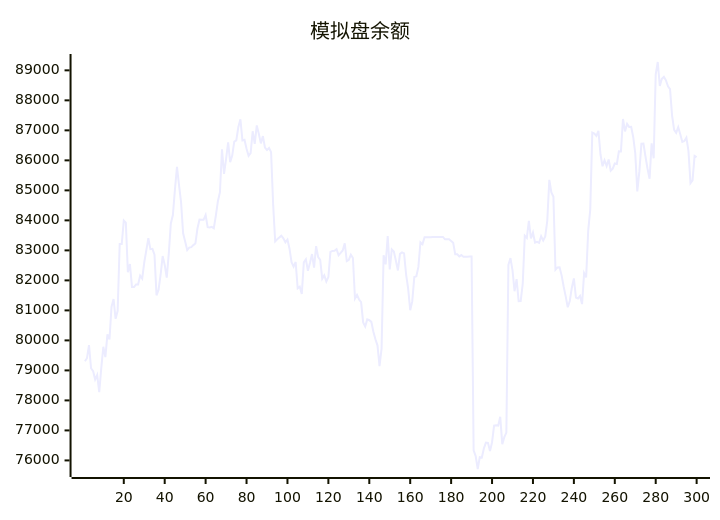
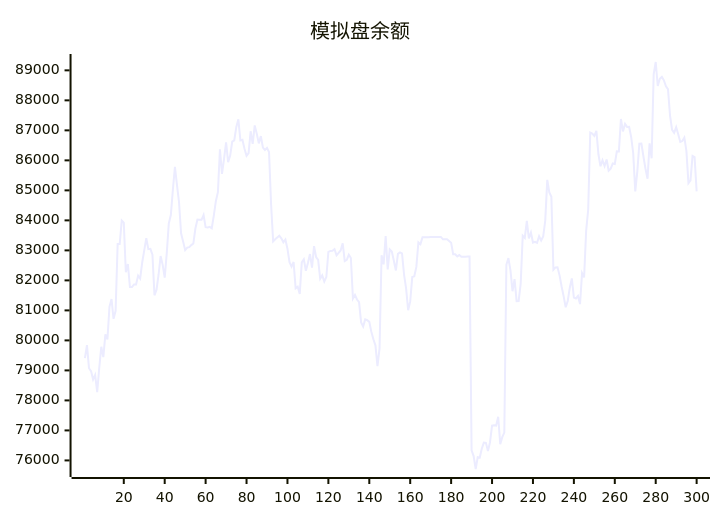
One commit to aahl/ai-trading changed the diagram in README.md. Above: the diagram before and after it, drawn with Mermaid. The commit also changed other lines of this file and 1 other file, not shown here.

````diff
--- a/README.md
+++ b/README.md
@@ -5,5 +5,5 @@
 ```mermaid
 xychart
     title "模拟盘余额"
-    line [79304,79406,79841,79072,78978,78696,78846,78272,79085,79787,79442,80198,80031,81120,81379,80718,80985,83214,83212,83993,83921,82270,82547,81776,81776,81866,81866,82158,82061,82596,83000,83408,83041,83050,82858,81503,81691,82188,82812,82517,82092,82901,83898,84180,85030,85781,85178,84604,83569,83298,83008,83093,83107,83175,83228,83729,84025,84017,84019,84177,83775,83762,83785,83738,84160,84639,84939,86370,85548,86046,86599,85942,86161,86622,86664,87115,87369,86666,86685,86384,86152,86243,86969,86548,87164,86885,86566,86809,86427,86348,86417,86273,84538,83299,83369,83430,83490,83404,83270,83362,83056,82605,82459,82614,81734,81788,81551,82598,82702,82320,82580,82878,82426,83139,82778,82686,82056,82166,81963,82110,82951,82983,82984,83038,82838,82915,82998,83235,82642,82682,82858,82746,81396,81512,81362,81277,80600,80461,80699,80673,80616,80288,80038,79836,79142,79722,82837,82533,83480,82366,83032,82960,82654,82330,82883,82934,82901,82188,81728,81005,81298,82110,82135,82449,83264,83203,83440,83439,83440,83440,83446,83447,83448,83447,83448,83449,83369,83369,83369,83313,83256,82872,82873,82801,82844,82785,82791,82791,82793,82794,76339,76145,75714,76110,76096,76397,76594,76585,76310,76607,77160,77170,77160,77456,76541,76774,76927,82520,82744,82337,81639,82040,81307,81314,81887,83490,83414,83984,83396,83594,83261,83287,83253,83470,83327,83465,83987,85348,84930,84786,82355,82433,82438,82167,81795,81466,81105,81315,81756,82064,81426,81398,81481,81210,82242,82099,83658,84359,86925,86892,86814,86980,86203,85802,86003,85811,86028,85657,85721,85896,85880,86300,86299,87378,86965,87214,87115,87118,86780,86238,84966,85623,86555,86562,86129,85722,85387,86569,86070,88870,89278,88477,88720,88781,88668,88467,88372,87493,87018,86917,87102,86870,86613,86644,86758,86317,85242,85334,86149,86106]
+    line [79406,79841,79072,78978,78696,78846,78272,79085,79787,79442,80198,80031,81120,81379,80718,80985,83214,83212,83993,83921,82270,82547,81776,81776,81866,81866,82158,82061,82596,83000,83408,83041,83050,82858,81503,81691,82188,82812,82517,82092,82901,83898,84180,85030,85781,85178,84604,83569,83298,83008,83093,83107,83175,83228,83729,84025,84017,84019,84177,83775,83762,83785,83738,84160,84639,84939,86370,85548,86046,86599,85942,86161,86622,86664,87115,87369,86666,86685,86384,86152,86243,86969,86548,87164,86885,86566,86809,86427,86348,86417,86273,84538,83299,83369,83430,83490,83404,83270,83362,83056,82605,82459,82614,81734,81788,81551,82598,82702,82320,82580,82878,82426,83139,82778,82686,82056,82166,81963,82110,82951,82983,82984,83038,82838,82915,82998,83235,82642,82682,82858,82746,81396,81512,81362,81277,80600,80461,80699,80673,80616,80288,80038,79836,79142,79722,82837,82533,83480,82366,83032,82960,82654,82330,82883,82934,82901,82188,81728,81005,81298,82110,82135,82449,83264,83203,83440,83439,83440,83440,83446,83447,83448,83447,83448,83449,83369,83369,83369,83313,83256,82872,82873,82801,82844,82785,82791,82791,82793,82794,76339,76145,75714,76110,76096,76397,76594,76585,76310,76607,77160,77170,77160,77456,76541,76774,76927,82520,82744,82337,81639,82040,81307,81314,81887,83490,83414,83984,83396,83594,83261,83287,83253,83470,83327,83465,83987,85348,84930,84786,82355,82433,82438,82167,81795,81466,81105,81315,81756,82064,81426,81398,81481,81210,82242,82099,83658,84359,86925,86892,86814,86980,86203,85802,86003,85811,86028,85657,85721,85896,85880,86300,86299,87378,86965,87214,87115,87118,86780,86238,84966,85623,86555,86562,86129,85722,85387,86569,86070,88870,89278,88477,88720,88781,88668,88467,88372,87493,87018,86917,87102,86870,86613,86644,86758,86317,85242,85334,86149,86106,84968]
 ```
````
